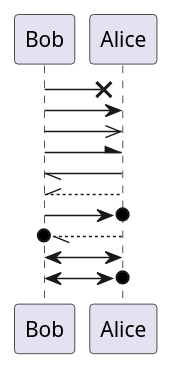
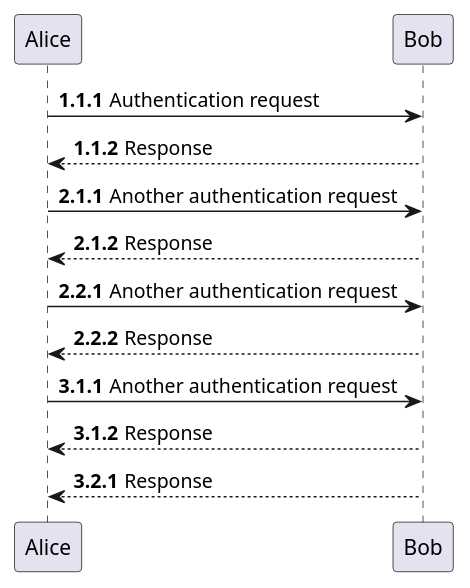
The diagram in sequence.wsd (mizandarii/uml), drawn with PlantUML before and after one commit. The commit also changed other lines of this file, not shown here.

```diff
--- a/sequence.wsd
+++ b/sequence.wsd
@@ -1,14 +1,25 @@
 @startuml 
-Bob ->x Alice
-Bob -> Alice
-Bob ->> Alice
-Bob -\ Alice
-Bob \\- Alice
-Bob //-- Alice
+autonumber 1.1.1
+Alice -> Bob: Authentication request
+Bob --> Alice: Response
 
-Bob ->o Alice
-Bob o\\-- Alice
+autonumber inc A
+'now we have 2.1.1
+Alice -> Bob: Another authentication request
+Bob --> Alice: Response
 
-Bob <-> Alice
-Bob <->o Alice
+autonumber inc B
+'now we have 2.2.1
+Alice -> Bob: Another authentication request
+Bob --> Alice: Response
+
+autonumber inc A
+'now we have 3.1.1
+Alice -> Bob: Another authentication request
+Bob --> Alice: Response
+
+autonumber inc B
+'now we have 3.2.1
+Bob --> Alice: Response
+
 @enduml
```
